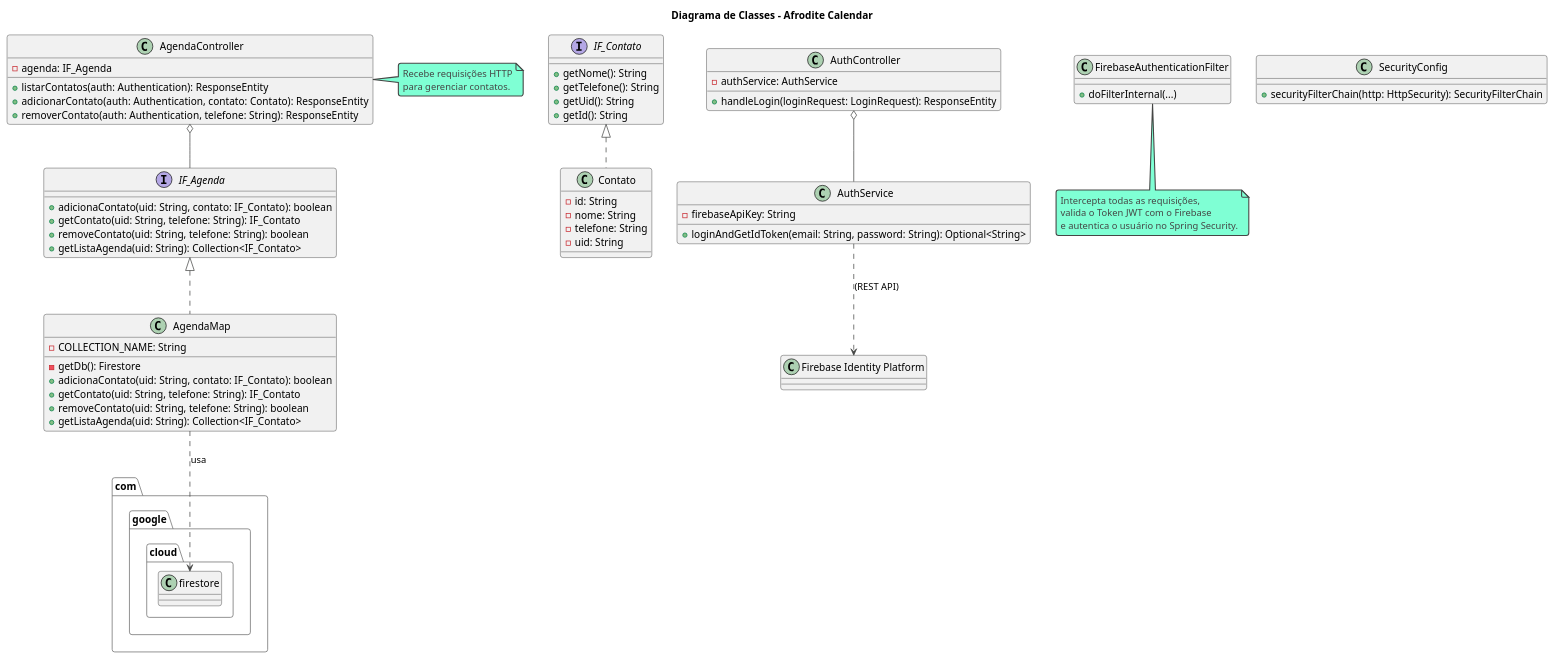
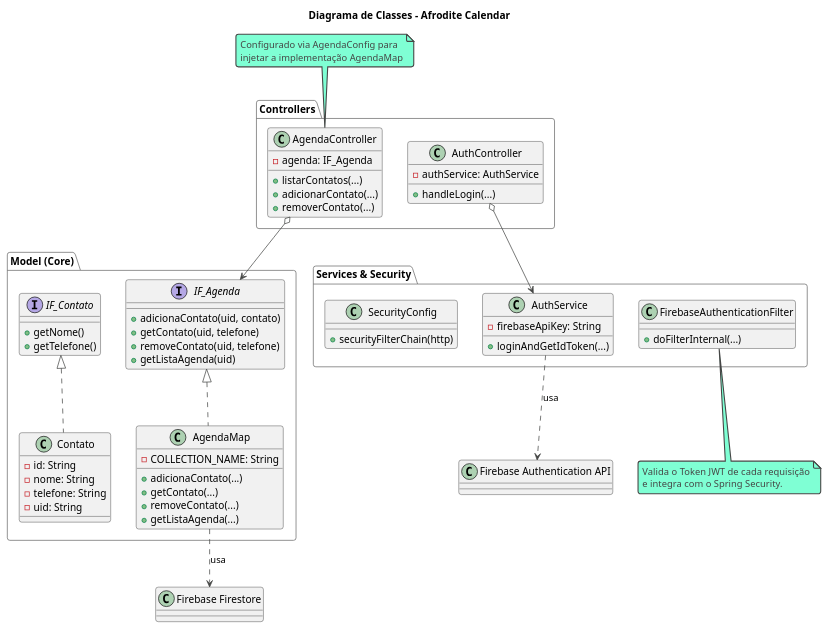
The diagram in agenda/agenda/diagramas/diagrama_de_classe.puml (KalvinAlbuquerque/ES-StudyCase01), drawn with PlantUML before and after one commit. The commit also changed 2 other files, not shown here.

Commit message:
Adicionado arquivos de diagramas plantuml

```diff
--- a/agenda/agenda/diagramas/diagrama_de_classe.puml
+++ b/agenda/agenda/diagramas/diagrama_de_classe.puml
@@ -1,78 +1,80 @@
 @startuml diagrama_de_classe
 ' Thema para um visual mais moderno
 !theme vibrant
 
-title Diagrama de Classes - Afrodite Calendar
+title Diagrama de Classes - Afrodite Calendar 
 
-interface IF_Agenda {
-  + adicionaContato(uid: String, contato: IF_Contato): boolean
-  + getContato(uid: String, telefone: String): IF_Contato
-  + removeContato(uid: String, telefone: String): boolean
-  + getListaAgenda(uid: String): Collection<IF_Contato>
+package "Controllers" {
+  class AgendaController {
+    - agenda: IF_Agenda
+    + listarContatos(...)
+    + adicionarContato(...)
+    + removerContato(...)
+  }
+
+  class AuthController {
+    - authService: AuthService
+    + handleLogin(...)
+  }
 }
 
-interface IF_Contato {
-  + getNome(): String
-  + getTelefone(): String
-  + getUid(): String
-  + getId(): String
+package "Services & Security" {
+  class AuthService {
+    - firebaseApiKey: String
+    + loginAndGetIdToken(...)
+  }
+
+  class FirebaseAuthenticationFilter {
+    + doFilterInternal(...)
+  }
+
+  class SecurityConfig {
+    + securityFilterChain(http)
+  }
 }
 
-class Contato implements IF_Contato {
-  - id: String
-  - nome: String
-  - telefone: String
-  - uid: String
+package "Model (Core)" {
+  interface IF_Agenda {
+    + adicionaContato(uid, contato)
+    + getContato(uid, telefone)
+    + removeContato(uid, telefone)
+    + getListaAgenda(uid)
+  }
+
+  interface IF_Contato {
+    + getNome()
+    + getTelefone()
+  }
+
+  class Contato implements IF_Contato {
+    - id: String
+    - nome: String
+    - telefone: String
+    - uid: String
+  }
+
+  class AgendaMap implements IF_Agenda {
+    - COLLECTION_NAME: String
+    + adicionaContato(...)
+    + getContato(...)
+    + removeContato(...)
+    + getListaAgenda(...)
+  }
 }
 
-class AgendaMap implements IF_Agenda {
-  - COLLECTION_NAME: String
-  - getDb(): Firestore
-  + adicionaContato(uid: String, contato: IF_Contato): boolean
-  + getContato(uid: String, telefone: String): IF_Contato
-  + removeContato(uid: String, telefone: String): boolean
-  + getListaAgenda(uid: String): Collection<IF_Contato>
-}
+' Relacionamentos
+AgendaController o--> IF_Agenda
+AuthController o--> AuthService
 
-class AgendaController {
-  - agenda: IF_Agenda
-  + listarContatos(auth: Authentication): ResponseEntity
-  + adicionarContato(auth: Authentication, contato: Contato): ResponseEntity
-  + removerContato(auth: Authentication, telefone: String): ResponseEntity
-}
+AgendaMap ..> "Firebase Firestore" : usa
+AuthService ..> "Firebase Authentication API" : usa
 
-class AuthController {
-  - authService: AuthService
-  + handleLogin(loginRequest: LoginRequest): ResponseEntity
-}
-
-class AuthService {
-  - firebaseApiKey: String
-  + loginAndGetIdToken(email: String, password: String): Optional<String>
-}
-
-class FirebaseAuthenticationFilter {
-  + doFilterInternal(...)
-}
-
-class SecurityConfig {
-  + securityFilterChain(http: HttpSecurity): SecurityFilterChain
-}
-
-AgendaController o-- IF_Agenda
-AgendaMap ..> "com.google.cloud.firestore" : usa
-AuthController o-- AuthService
-AuthService ..> "Firebase Identity Platform" : (REST API)
-
-note right of AgendaController
-  Recebe requisições HTTP
-  para gerenciar contatos.
-end note
+note "Configurado via AgendaConfig para\ninjetar a implementação AgendaMap" as N1
+N1 .. AgendaController
 
 note bottom of FirebaseAuthenticationFilter
-  Intercepta todas as requisições,
-  valida o Token JWT com o Firebase
-  e autentica o usuário no Spring Security.
+  Valida o Token JWT de cada requisição
+  e integra com o Spring Security.
 end note
 
 @enduml
```
